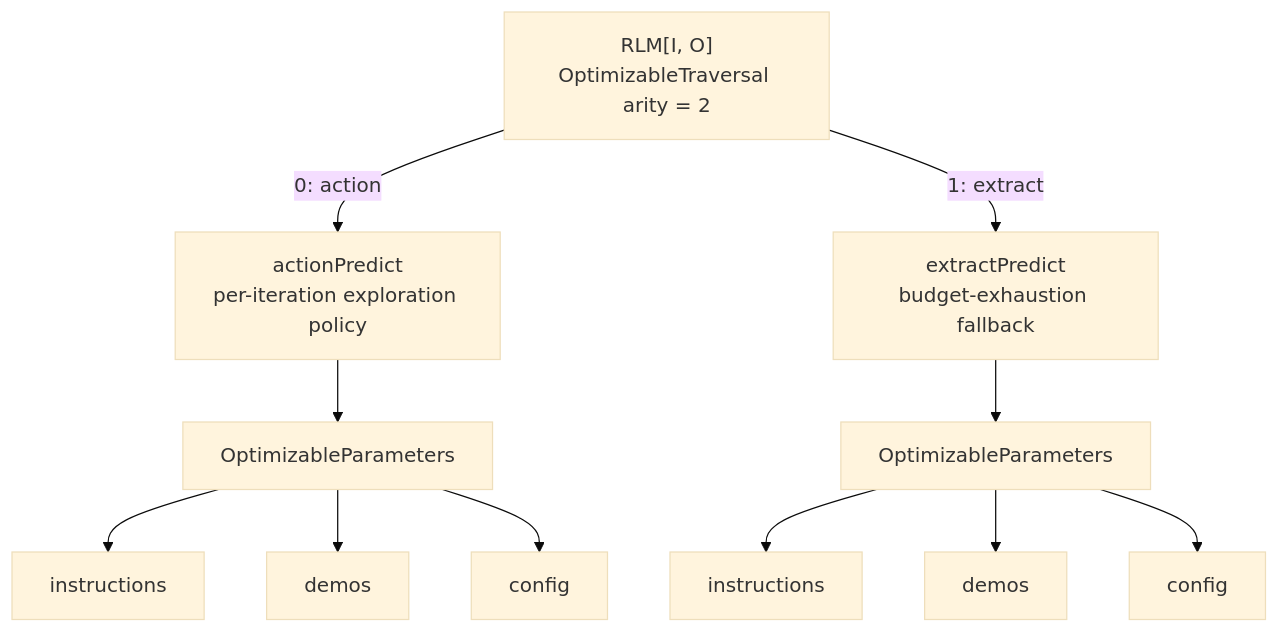
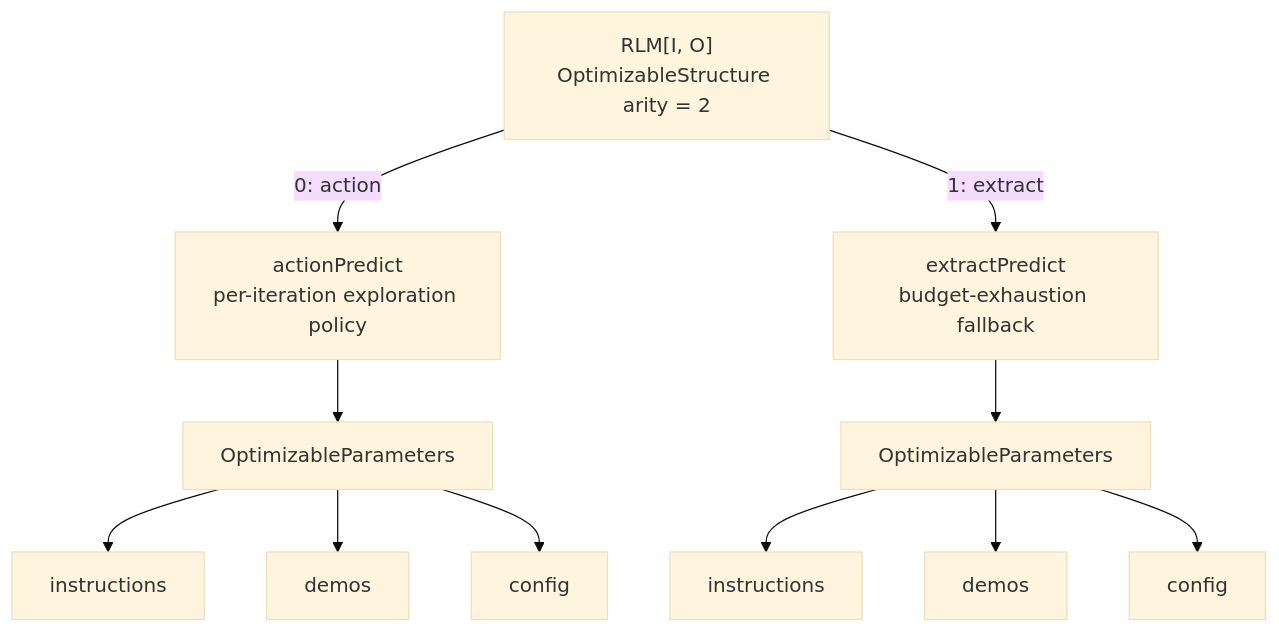
Before and after one commit to jpablo/dspy4s: the sixth of 6 diagrams in modules/programs/src/main/scala/dspy4s/programs/strategies/RLM.md, drawn with Mermaid (base theme). The commit also changed other lines of this file and 95 other files, not shown here.

Commit message:
refactor: rename optimizable traversal to structure

````diff
--- a/modules/programs/src/main/scala/dspy4s/programs/strategies/RLM.md
+++ b/modules/programs/src/main/scala/dspy4s/programs/strategies/RLM.md
@@ -510,17 +510,17 @@
 ```mermaid
 flowchart TD
-    root["RLM[I, O]<br/>OptimizableTraversal arity = 2"]
+    root["RLM[I, O]<br/>OptimizableStructure arity = 2"]
 
     root -->|"0: action"| action["actionPredict<br/>per-iteration exploration policy"]
     root -->|"1: extract"| extract["extractPredict<br/>budget-exhaustion fallback"]
 
     action --> actionParams["OptimizableParameters"]
     actionParams --> actionInstructions["instructions"]
     actionParams --> actionDemos["demos"]
     actionParams --> actionConfig["config"]
 
     extract --> extractParams["OptimizableParameters"]
     extractParams --> extractInstructions["instructions"]
     extractParams --> extractDemos["demos"]
     extractParams --> extractConfig["config"]
 ```
````
